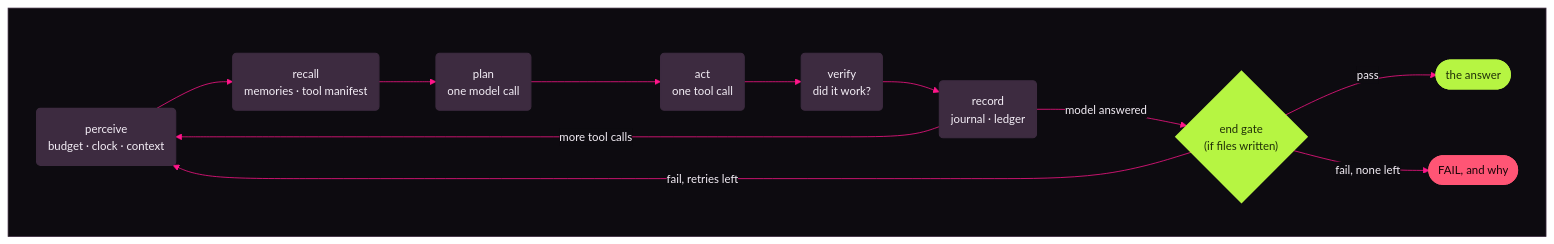
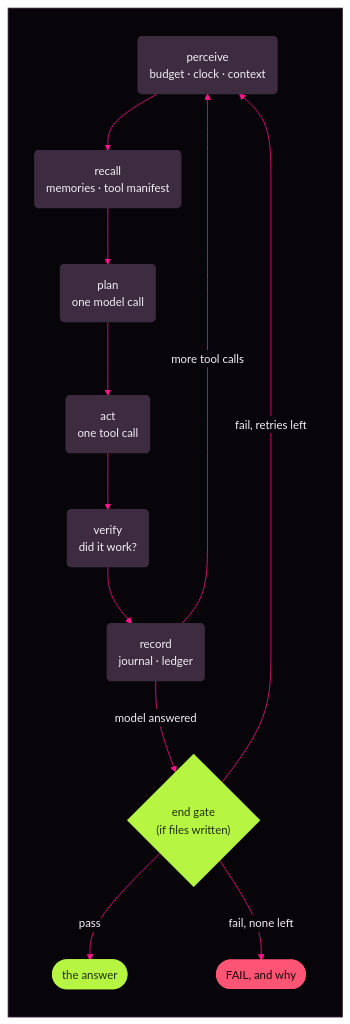
The first of 2 diagrams in docs/02-loop.md (Kaginari/mikata), drawn with Mermaid before and after one commit. The commit also changed other lines of this file and 11 other files, not shown here.

First line of the commit message:
docs: the diagrams on today's night, every block in its meaning's colour

````diff
--- a/docs/02-loop.md
+++ b/docs/02-loop.md
@@ -5,77 +5,77 @@
 ```mermaid
 ---
 config:
   theme: base
   themeVariables:
     darkMode: true
-    background: "#0d0b10"
+    background: "#07050a"
     fontFamily: "Inter, Segoe UI, system-ui, -apple-system, Helvetica, Arial, sans-serif"
     fontSize: "15px"
     primaryColor: "#3d2b40"
     primaryTextColor: "#f5eff7"
     primaryBorderColor: "#3d2b40"
     secondaryColor: "#59405d"
     secondaryTextColor: "#f5eff7"
     secondaryBorderColor: "#59405d"
-    tertiaryColor: "#16111b"
+    tertiaryColor: "#110c14"
     tertiaryTextColor: "#f5eff7"
     tertiaryBorderColor: "#3d2b40"
     lineColor: "#ff168a"
     textColor: "#f5eff7"
     titleColor: "#f5eff7"
-    edgeLabelBackground: "#0d0b10"
-    clusterBkg: "#16111b"
+    edgeLabelBackground: "#07050a"
+    clusterBkg: "#110c14"
     clusterBorder: "#3d2b40"
     noteBkgColor: "#ffb020"
     noteTextColor: "#1a1205"
     noteBorderColor: "#ffb020"
     actorBkg: "#3d2b40"
     actorBorder: "#3d2b40"
     actorTextColor: "#f5eff7"
     actorLineColor: "#59405d"
     signalColor: "#ff655c"
     signalTextColor: "#f5eff7"
     labelBoxBkgColor: "#3d2b40"
     labelBoxBorderColor: "#3d2b40"
     labelTextColor: "#f5eff7"
     loopTextColor: "#f5eff7"
     activationBkgColor: "#ff168a"
     activationBorderColor: "#ff168a"
-    sequenceNumberColor: "#0d0b10"
+    sequenceNumberColor: "#07050a"
     transitionColor: "#ff168a"
     transitionLabelColor: "#f5eff7"
     stateLabelColor: "#f5eff7"
     stateBkg: "#3d2b40"
-    labelBackgroundColor: "#0d0b10"
-    compositeBackground: "#16111b"
+    labelBackgroundColor: "#07050a"
+    compositeBackground: "#110c14"
     compositeTitleBackground: "#3d2b40"
-    altBackground: "#16111b"
+    altBackground: "#110c14"
     specialStateColor: "#b6f542"
     innerEndBackground: "#b6f542"
   flowchart:
     wrappingWidth: 360
 ---
-flowchart LR
+flowchart TD
     subgraph MIKATA_BG[" "]
-      direction LR
+      direction TB
       P("perceive<br/>budget · clock · context") --> RC("recall<br/>memories · tool manifest")
       RC --> PL("plan<br/>one model call")
       PL --> A("act<br/>one tool call")
       A --> VF("verify<br/>did it work?")
       VF --> REC("record<br/>journal · ledger")
       REC -->|more tool calls| P
       REC -->|model answered| G{"end gate<br/>(if files written)"}
       G -->|pass| DONE(["the answer"])
       G -->|fail, retries left| P
       G -->|fail, none left| FAIL(["FAIL, and why"])
     end
     classDef step fill:#3d2b40,stroke:#3d2b40,stroke-width:1.5px,color:#f5eff7
     class P,RC,PL,A,VF,REC step
     classDef gate fill:#b6f542,stroke:#b6f542,stroke-width:2px,color:#203008
     class G gate
     classDef good fill:#b6f542,stroke:#b6f542,stroke-width:2px,color:#203008
     class DONE good
     classDef bad fill:#ff5575,stroke:#ff5575,stroke-width:1.5px,color:#1a0509
     class FAIL bad
-    style MIKATA_BG fill:#0d0b10,stroke:#3d2b40,color:#0d0b10
+    style MIKATA_BG fill:#07050a,stroke:#3d2b40,color:#07050a
 ```
````
